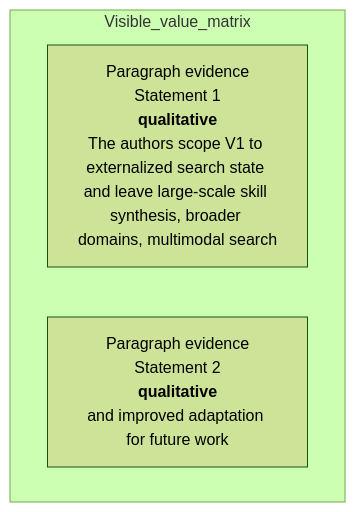
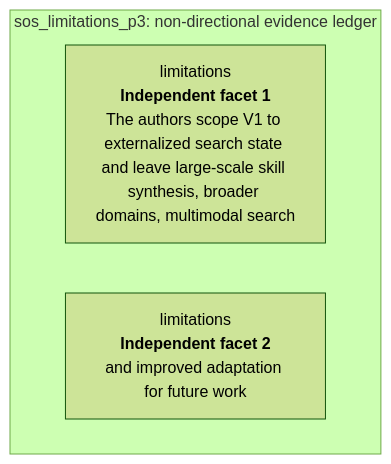
Before and after one commit to Betancourt1/paper_atlas: diagram 44 of 51 in docs/visual-manifests/VISUAL_MANIFEST_SEARCHOS_V1.md, drawn with Mermaid (forest theme). The commit also changed other lines of this file and 7 other files, not shown here.

````diff
--- a/docs/visual-manifests/VISUAL_MANIFEST_SEARCHOS_V1.md
+++ b/docs/visual-manifests/VISUAL_MANIFEST_SEARCHOS_V1.md
@@ -3702,7 +3719,7 @@
 ```mermaid
 flowchart TB
-  subgraph Visible_value_matrix
-    r1["Paragraph evidence<br/>Statement 1<br/><b>qualitative</b><br/>The authors scope V1 to externalized search state and leave large-scale skill synthesis, broader domains, multimodal search"]
-    r2["Paragraph evidence<br/>Statement 2<br/><b>qualitative</b><br/>and improved adaptation for future work"]
+  subgraph Ledger["sos_limitations_p3: non-directional evidence ledger"]
+    r1["limitations<br/><b>Independent facet 1</b><br/>The authors scope V1 to externalized search state and leave large-scale skill synthesis, broader domains, multimodal search"]
+    r2["limitations<br/><b>Independent facet 2</b><br/>and improved adaptation for future work"]
   end
 ```
````
